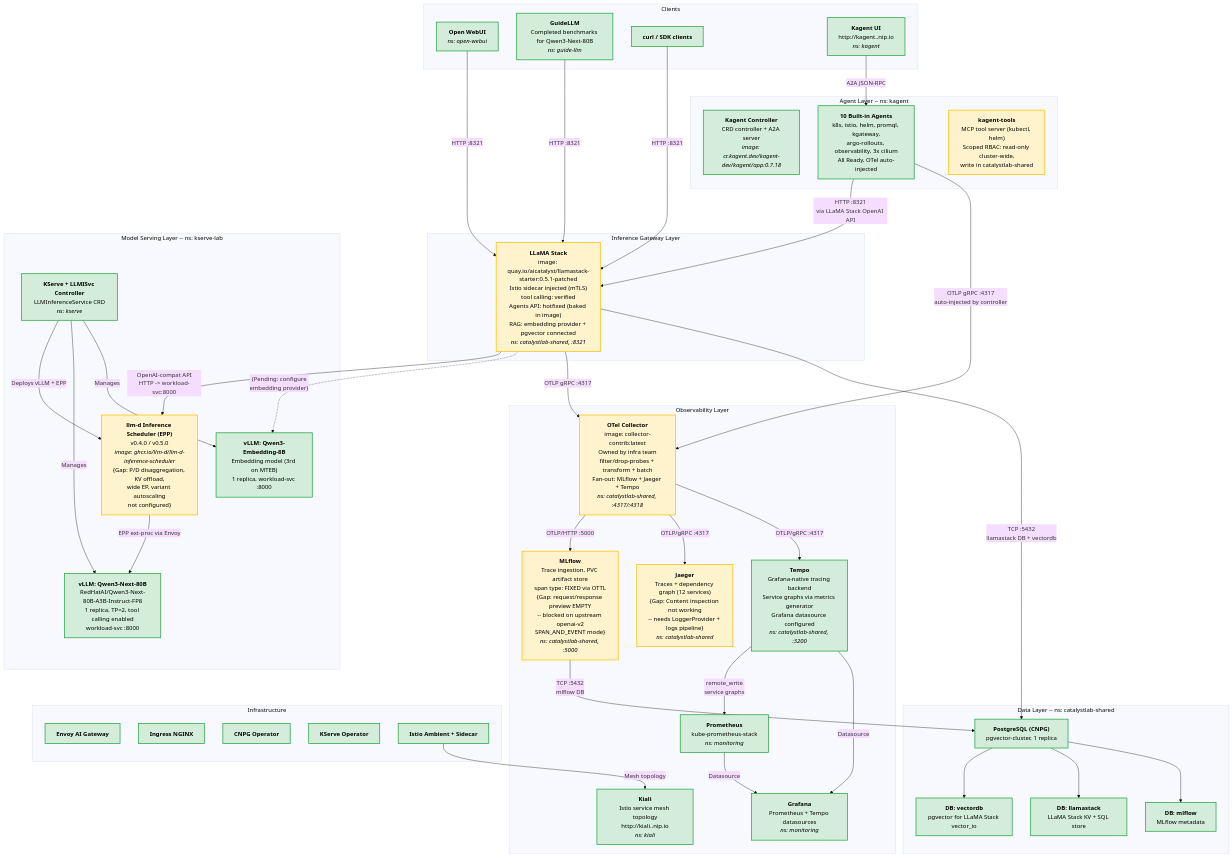
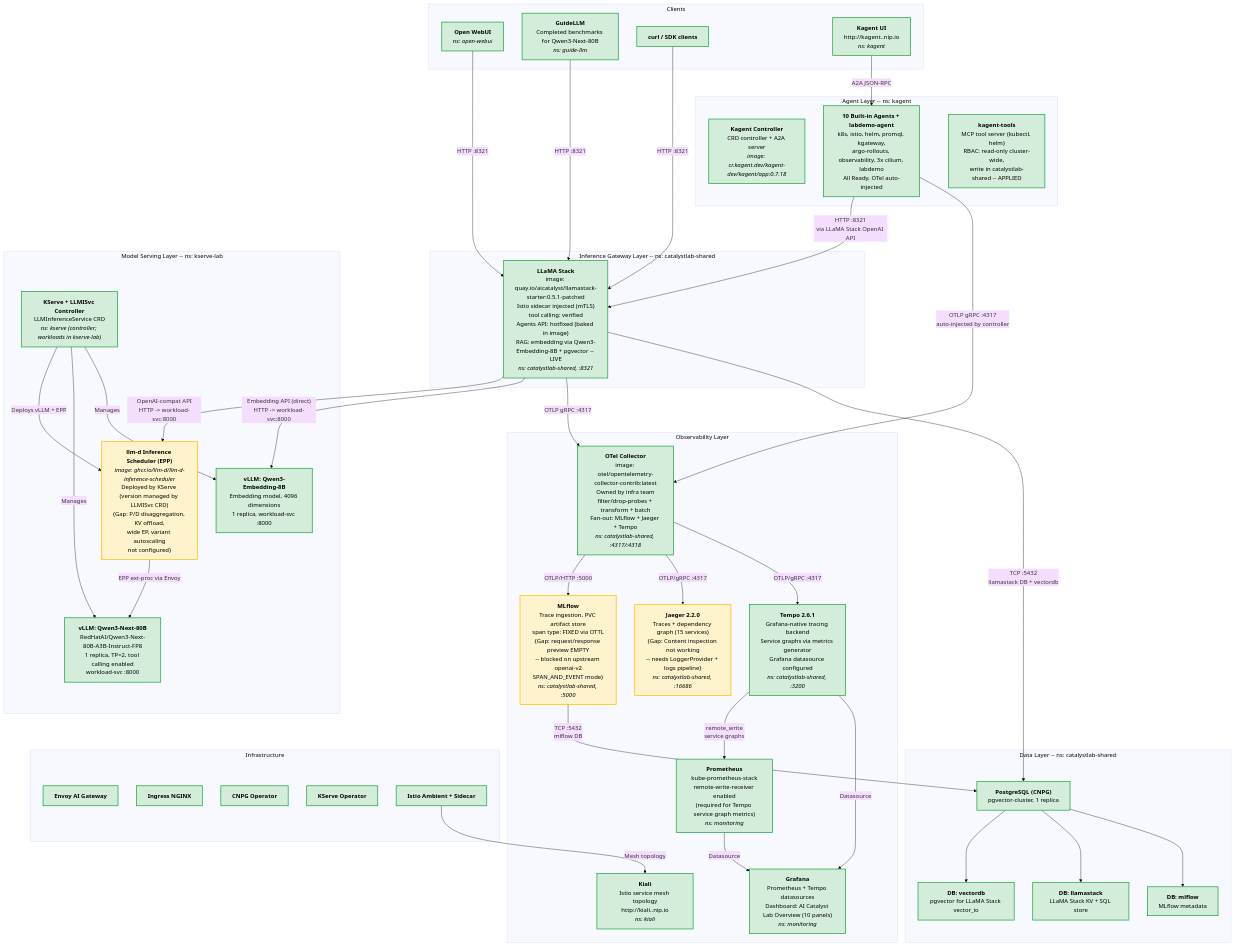
One commit to aicatalyst-team/catalyst-lab changed the diagram in diagrams/lab-architecture.md. Above: the diagram before and after it, drawn with Mermaid (base theme). The commit also changed other lines of this file and 6 other files, not shown here.

````diff
--- a/diagrams/lab-architecture.md
+++ b/diagrams/lab-architecture.md
@@ -32,27 +32,27 @@
 CRD controller + A2A server
 *image: cr.kagent.dev/kagent-dev/kagent/app:0.7.18*`"]
 
-        KAGENT_AGENTS["`**10 Built-in Agents**
+        KAGENT_AGENTS["`**10 Built-in Agents + labdemo-agent**
 k8s, istio, helm, promql, kgateway,
-argo-rollouts, observability, 3x cilium
+argo-rollouts, observability, 3x cilium, labdemo
 All Ready, OTel auto-injected`"]
 
         KAGENT_TOOLS["`**kagent-tools**
 MCP tool server (kubectl, helm)
-Scoped RBAC: read-only cluster-wide,
-write in catalystlab-shared`"]
+RBAC: read-only cluster-wide,
+write in catalystlab-shared -- APPLIED`"]
     end
 
     %% ============================================================
     %% INFERENCE GATEWAY LAYER
     %% ============================================================
-    subgraph InferenceGW ["Inference Gateway Layer"]
+    subgraph InferenceGW ["Inference Gateway Layer -- ns: catalystlab-shared"]
         LLAMASTACK["`**LLaMA Stack**
 image: quay.io/aicatalyst/llamastack-starter:0.5.1-patched
 Istio sidecar injected (mTLS)
 tool calling: verified
 Agents API: hotfixed (baked in image)
-RAG: embedding provider + pgvector connected
+RAG: embedding via Qwen3-Embedding-8B + pgvector -- LIVE
 *ns: catalystlab-shared, :8321*`"]
     end
 
@@ -62,11 +62,11 @@
     subgraph ModelServing ["Model Serving Layer -- ns: kserve-lab"]
         KSERVE_CTRL["`**KServe + LLMISvc Controller**
 LLMInferenceService CRD
-*ns: kserve*`"]
+*ns: kserve (controller; workloads in kserve-lab)*`"]
 
         LLMD_EPP["`**llm-d Inference Scheduler (EPP)**
-v0.4.0 / v0.5.0
 *image: ghcr.io/llm-d/llm-d-inference-scheduler*
+Deployed by KServe (version managed by LLMISvc CRD)
 {Gap: P/D disaggregation, KV offload,
 wide EP, variant autoscaling
 not configured}`"]
@@ -77,7 +77,7 @@
 workload-svc :8000`"]
 
         VLLM_EMBED["`**vLLM: Qwen3-Embedding-8B**
-Embedding model (3rd on MTEB)
+Embedding model, 4096 dimensions
 1 replica, workload-svc :8000`"]
     end
 
@@ -86,7 +86,7 @@
     %% ============================================================
     subgraph Observability ["Observability Layer"]
         OTEL["`**OTel Collector**
-image: collector-contrib:latest
+image: otel/opentelemetry-collector-contrib:latest
 Owned by infra team
 filter/drop-probes + transform + batch
 Fan-out: MLflow + Jaeger + Tempo
@@ -100,13 +100,13 @@
 SPAN_AND_EVENT mode}
 *ns: catalystlab-shared, :5000*`"]
 
-        JAEGER["`**Jaeger**
-Traces + dependency graph (12 services)
+        JAEGER["`**Jaeger 2.2.0**
+Traces + dependency graph (15 services)
 {Gap: Content inspection not working
 -- needs LoggerProvider + logs pipeline}
-*ns: catalystlab-shared*`"]
+*ns: catalystlab-shared, :16686*`"]
 
-        TEMPO["`**Tempo**
+        TEMPO["`**Tempo 2.6.1**
 Grafana-native tracing backend
 Service graphs via metrics generator
 Grafana datasource configured
@@ -119,10 +119,13 @@
 
         GRAFANA["`**Grafana**
 Prometheus + Tempo datasources
+Dashboard: AI Catalyst Lab Overview (10 panels)
 *ns: monitoring*`"]
 
         PROMETHEUS["`**Prometheus**
 kube-prometheus-stack
+remote-write-receiver enabled
+(required for Tempo service graph metrics)
 *ns: monitoring*`"]
     end
 
@@ -172,8 +175,10 @@
 
     LLMD_EPP -->|"EPP ext-proc via Envoy"| VLLM_QWEN
 
-    LLAMASTACK -.->|"{Pending: configure
-embedding provider}"| VLLM_EMBED
+    %% Embedding calls bypass EPP -- separate remote::vllm provider
+    %% points directly at the embedding workload service.
+    LLAMASTACK -->|"Embedding API (direct)
+HTTP -> workload-svc:8000"| VLLM_EMBED
 
     KSERVE_CTRL -->|"Deploys vLLM + EPP"| LLMD_EPP
     KSERVE_CTRL -->|"Manages"| VLLM_QWEN
@@ -214,6 +219,6 @@
     classDef live fill:#d4edda,stroke:#28a745,stroke-width:2px,color:#000
     classDef partial fill:#fff3cd,stroke:#ffc107,stroke-width:2px,color:#000
 
-    class VLLM_QWEN,VLLM_EMBED,PG,PG_VECTORDB,PG_LLAMASTACK,PG_MLFLOW,GUIDELLM,WEBUI,CURL,GRAFANA,PROMETHEUS,ENVOY,INGRESS,CNPG_OP,KSERVE_OP,KSERVE_CTRL,KAGENT_CTRL,KAGENT_AGENTS,KAGENT_UI,TEMPO,KIALI,ISTIO live
-    class LLAMASTACK,OTEL,MLFLOW,JAEGER,LLMD_EPP,KAGENT_TOOLS partial
+    class VLLM_QWEN,VLLM_EMBED,PG,PG_VECTORDB,PG_LLAMASTACK,PG_MLFLOW,GUIDELLM,WEBUI,CURL,GRAFANA,PROMETHEUS,ENVOY,INGRESS,CNPG_OP,KSERVE_OP,KSERVE_CTRL,KAGENT_CTRL,KAGENT_AGENTS,KAGENT_UI,TEMPO,KIALI,ISTIO,LLAMASTACK,OTEL,KAGENT_TOOLS live
+    class MLFLOW,JAEGER,LLMD_EPP partial
 ```
````
